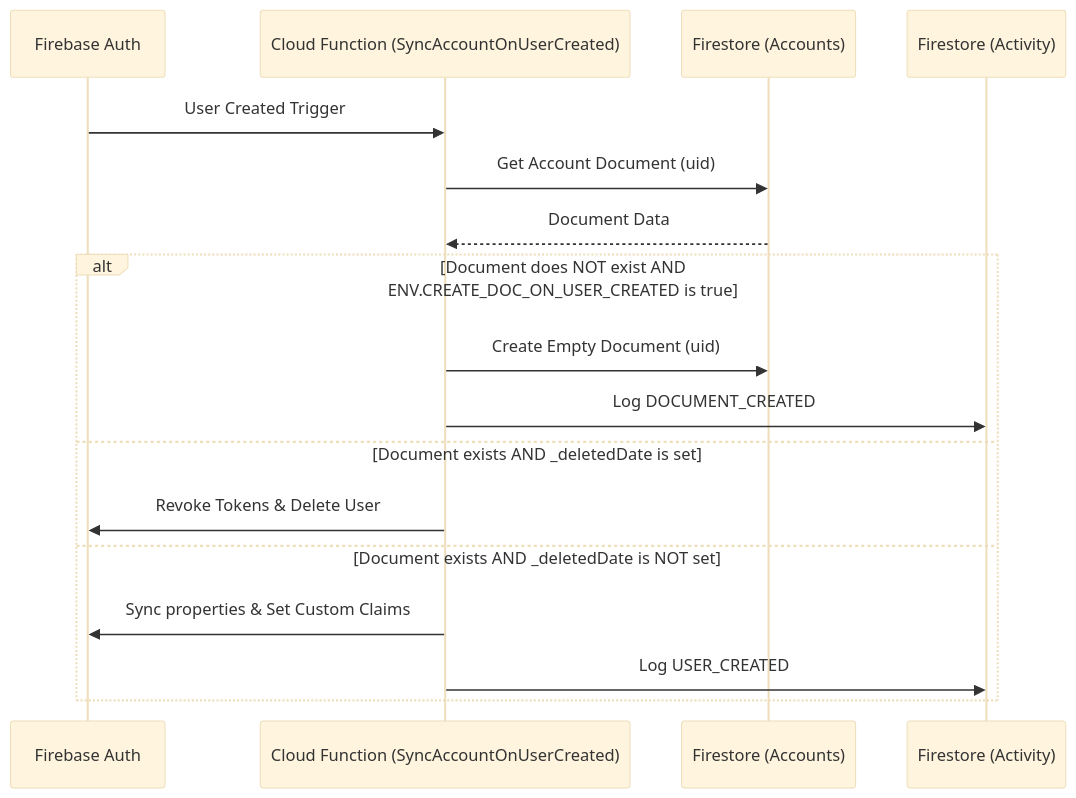
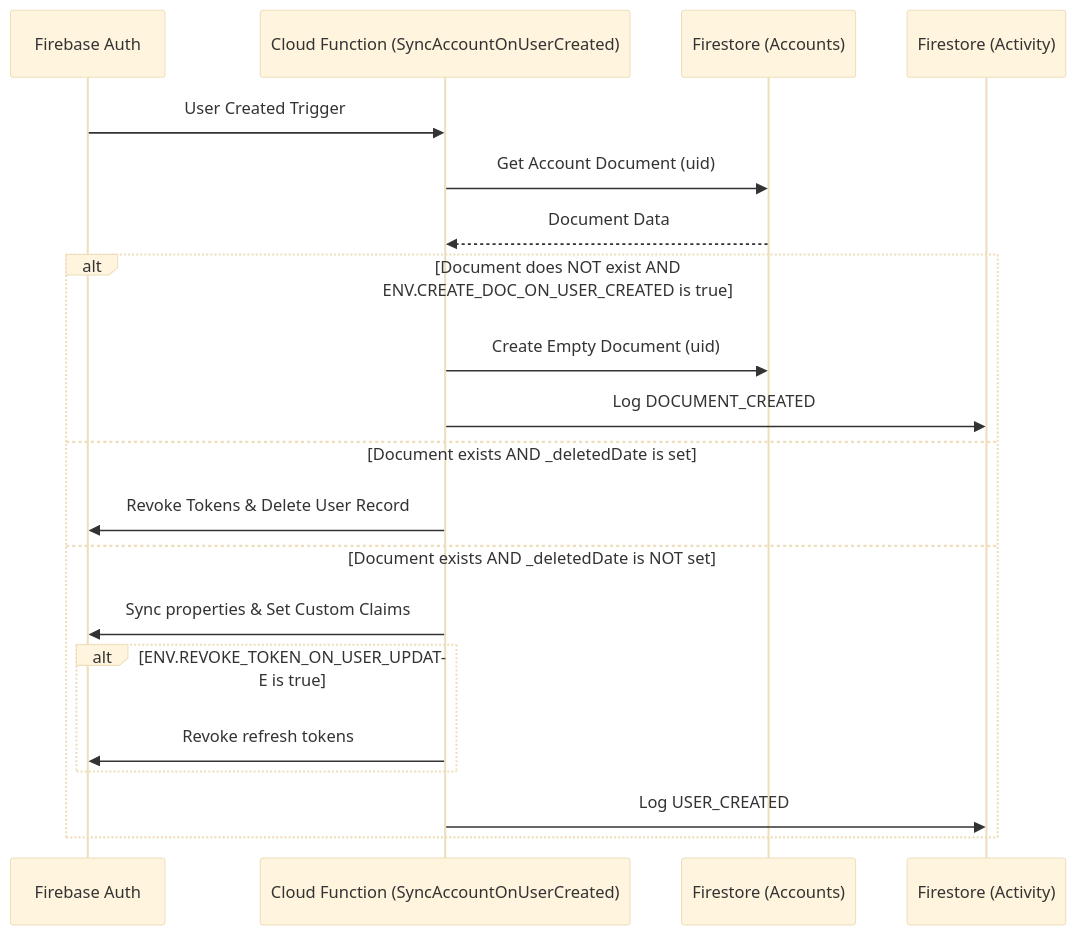
Before and after one commit to orion-next/firebase-firestore-iam: the first of 5 diagrams in README.md, drawn with Mermaid (base theme). The commit also changed other lines of this file and 9 other files, not shown here.

````diff
--- a/README.md
+++ b/README.md
@@ -38,20 +38,23 @@
 ```mermaid
 sequenceDiagram
     participant Auth as Firebase Auth
     participant Func as Cloud Function (SyncAccountOnUserCreated)
     participant FS as Firestore (Accounts)
     participant Log as Firestore (Activity)
 
     Auth->>Func: User Created Trigger
     Func->>FS: Get Account Document (uid)
     FS-->>Func: Document Data
     alt Document does NOT exist AND ENV.CREATE_DOC_ON_USER_CREATED is true
         Func->>FS: Create Empty Document (uid)
         Func->>Log: Log DOCUMENT_CREATED
     else Document exists AND _deletedDate is set
-        Func->>Auth: Revoke Tokens & Delete User
+        Func->>Auth: Revoke Tokens & Delete User Record
     else Document exists AND _deletedDate is NOT set
         Func->>Auth: Sync properties & Set Custom Claims
+        alt ENV.REVOKE_TOKEN_ON_USER_UPDATE is true
+            Func->>Auth: Revoke refresh tokens
+        end
         Func->>Log: Log USER_CREATED
     end
 ```
````
